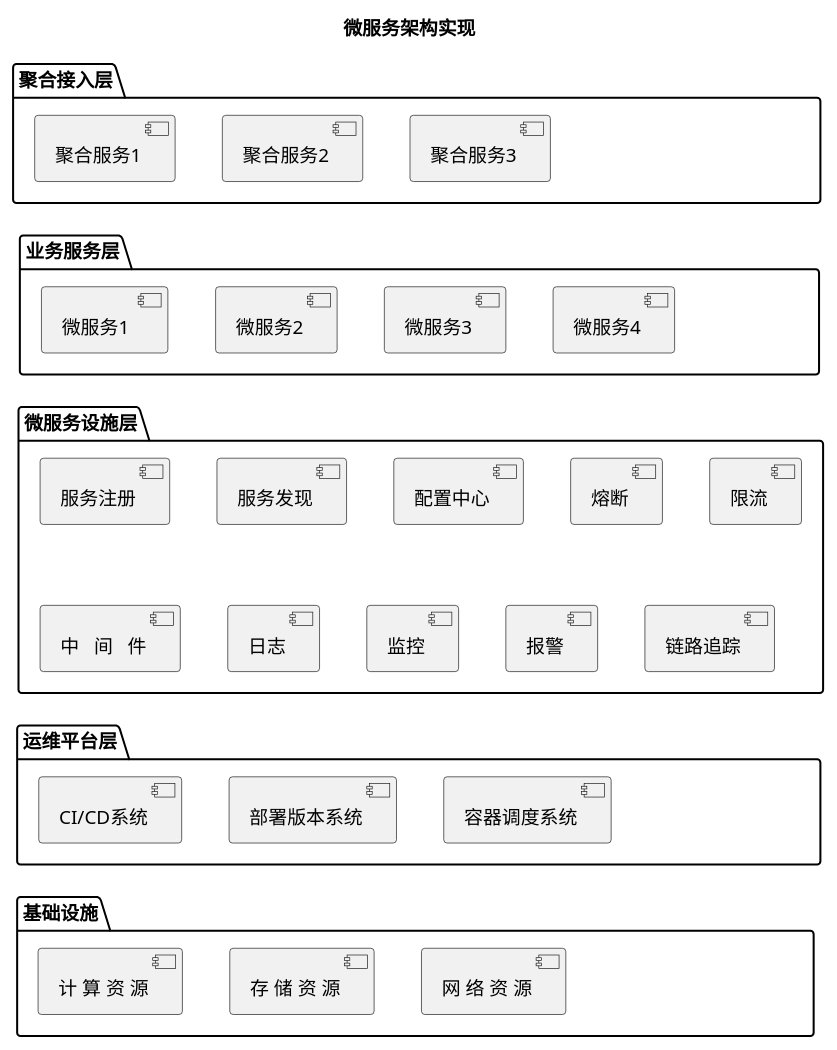
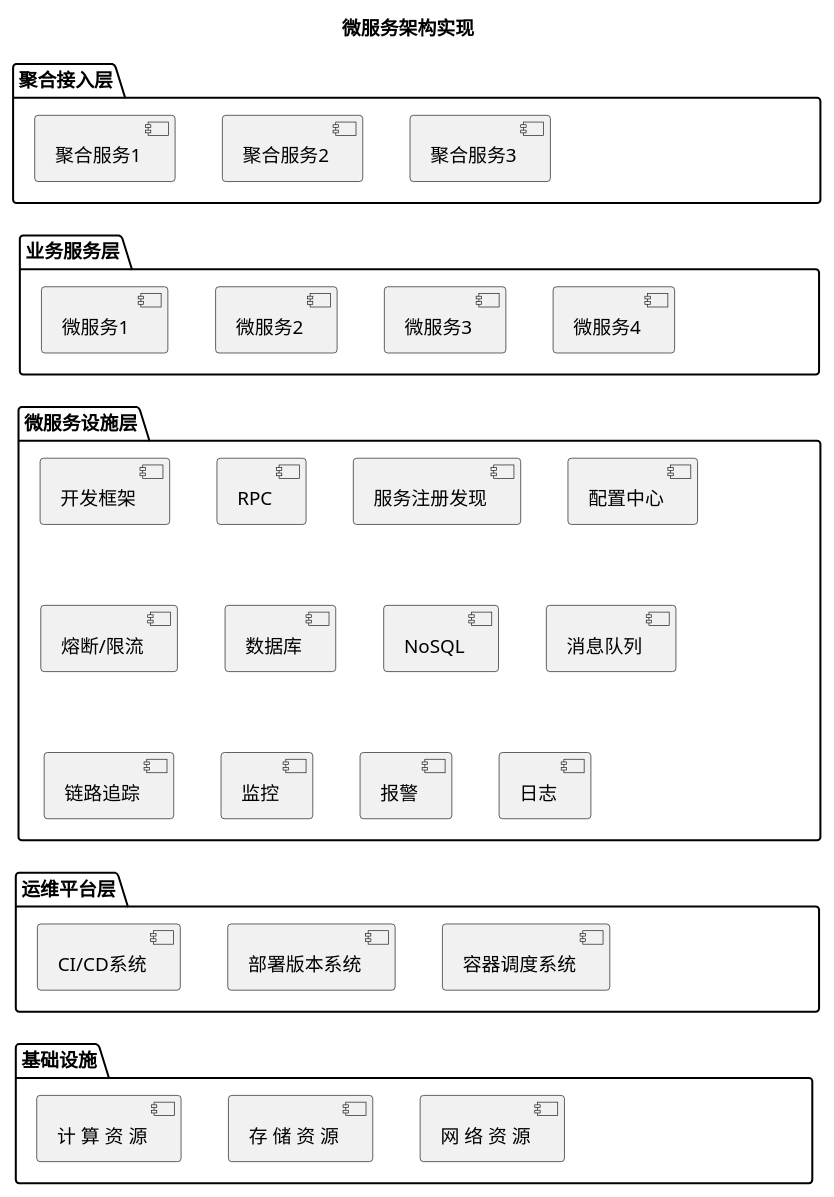
Before and after one commit to liheyuan/hands-on-microservices: the diagram in src/ch01-architecture/ms-arch.plantuml, drawn with PlantUML. The commit also changed 1 other file, not shown here.

Commit message:
MOD: uml

```diff
--- a/src/ch01-architecture/ms-arch.plantuml
+++ b/src/ch01-architecture/ms-arch.plantuml
@@ -1,91 +1,105 @@
 @startuml
 
 title "微服务架构实现"
 
 package "聚合接入层" as l5 {
     [聚合服务1] as n51
     [聚合服务2] as n52
     [聚合服务3] as n53
     [PaddingPadding] as n54
     hide n54
 
     [n51] -[hidden]right-> [n52]
     [n52] -[hidden]right-> [n53]
     [n53] -[hidden]right-> [n54]
 }
 
 package "业务服务层" as l4 {
     [微服务1 ] as n41
     [微服务2] as n42
     [微服务3] as n43
     [微服务4] as n44
     [Pa] as n45
     hide n45
 
     [n41] -[hidden]right-> [n42] 
     [n42] -[hidden]right-> [n43]
     [n43] -[hidden]right-> [n44]
     [n44] -[hidden]right-> [n45]
 }
 
 package "微服务设施层" as l3 {
-    [服务注册] as n31
-    [服务发现] as n32
-    [配置中心] as n33
-    [熔断] as n34
-    [限流] as n35
-    [中   间   件] as n36
-    [日志] as n37
-    [监控] as n38
-    [报警]  as n39
-    [链路追踪] as n40
+    [开发框架] as n31
+    [RPC] as n32
+    [服务注册发现] as n33
+    [配置中心] as n34
+    [ ] as n35
+    hide n35
+    
+
+    [熔断/限流] as n36
+    [数据库] as n37
+    [NoSQL] as n38
+    [消息队列] as n39
+
+    [链路追踪] as n3a
+    [监控] as n3b
+    [报警]  as n3c
+    [日志] as n3d
+
 
     [n31] -[hidden]right-> [n32]
     [n32] -[hidden]right-> [n33]
     [n33] -[hidden]right-> [n34]
     [n34] -[hidden]right-> [n35]
 
     [n31] -[hidden]down-> [n36]
-    
+
     [n36] -[hidden]right-> [n37]
     [n37] -[hidden]right-> [n38]
     [n38] -[hidden]right-> [n39]
-    [n39] -[hidden]right-> [n40]
+
+
+    [n36] -[hidden]down-> [n3a]
+
+    [n3a] -[hidden]right-> [n3b]
+    [n3b] -[hidden]right-> [n3c]
+    [n3c] -[hidden]right-> [n3d]
 }
 
 
 package "运维平台层" as l2 {
     [CI/CD系统] as n21
     [部署版本系统] as n22
     [容器调度系统] as n23
     [PaddingP] as n24
     
     hide n24
 
     n21 -[hidden]right-> n22 
     n22 -[hidden]right-> n23
     n23 -[hidden]right-> n24
 }
 
 
 
 package "基础设施" as l1 {
     [计 算 资 源] as n11
     [存 储 资 源] as n12
     [网 络 资 源] as n13
     [PaddingPPddi] as n14
 
     hide n14
 
     n11 -[hidden]right-> n12
     n12 -[hidden]right-> n13
     n13 -[hidden]right-> n14
 }
 
 n51 -[hidden]down-> n41 
 n41 -[hidden]down-> n31
-n36 -[hidden]down-> n21
+n3a -[hidden]down-> n21
 n21 -[hidden]down-> n11 
 
 
 @enduml
```
